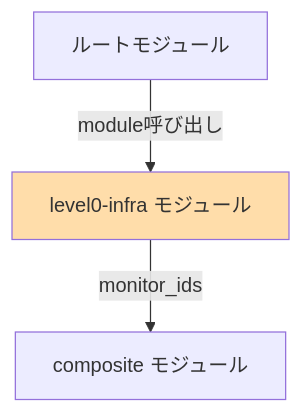
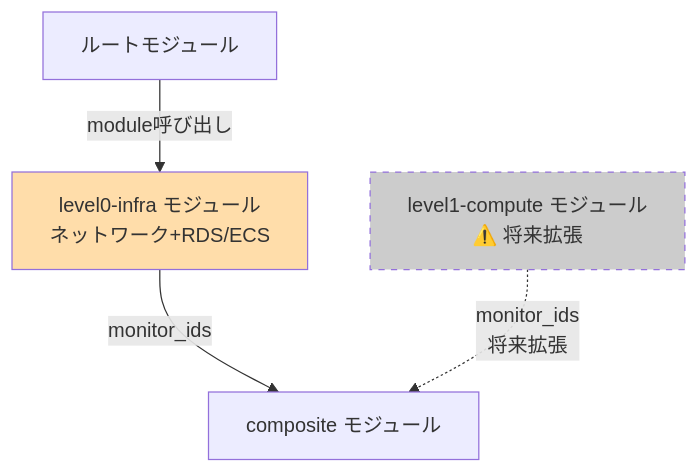
Before and after one commit to k-tanaka-522/datadog-for-AWS-terraform: the diagram in docs/04_インフラ設計/02_詳細設計/datadog/level0-infra/01_モジュール詳細設計.md, drawn with Mermaid. The commit also changed other lines of this file and 43 other files, not shown here.

````diff
--- a/docs/04_インフラ設計/02_詳細設計/datadog/level0-infra/01_モジュール詳細設計.md
+++ b/docs/04_インフラ設計/02_詳細設計/datadog/level0-infra/01_モジュール詳細設計.md
@@ -458,11 +494,14 @@
 ```mermaid
 graph TD
     Root[ルートモジュール]
-    L0[level0-infra モジュール]
+    L0[level0-infra モジュール<br/>ネットワーク+RDS/ECS]
+    L1[level1-compute モジュール<br/>⚠️ 将来拡張]
     Comp[composite モジュール]
 
     Root -->|module呼び出し| L0
     L0 -->|monitor_ids| Comp
+    L1 -.->|monitor_ids<br/>将来拡張| Comp
 
     style L0 fill:#ffddaa
+    style L1 fill:#cccccc,stroke-dasharray: 5 5
 ```
````
